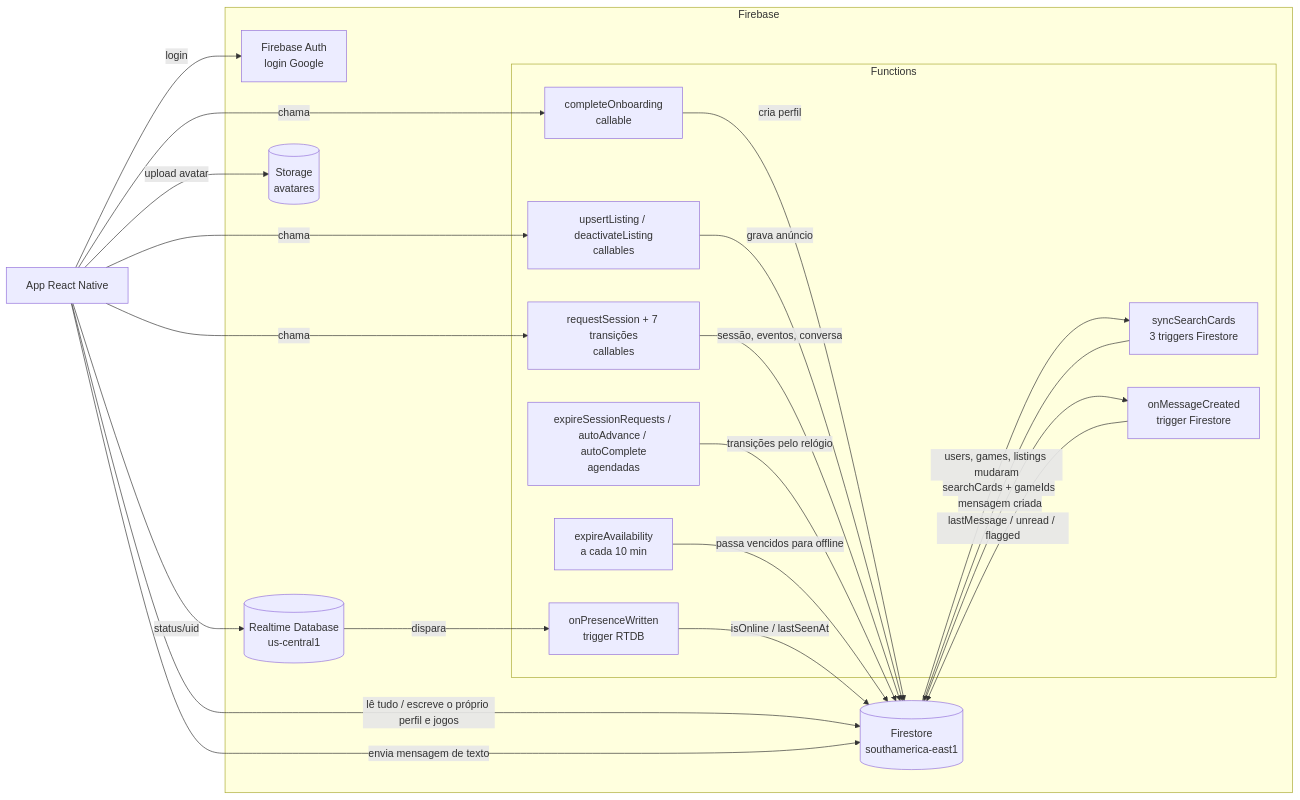
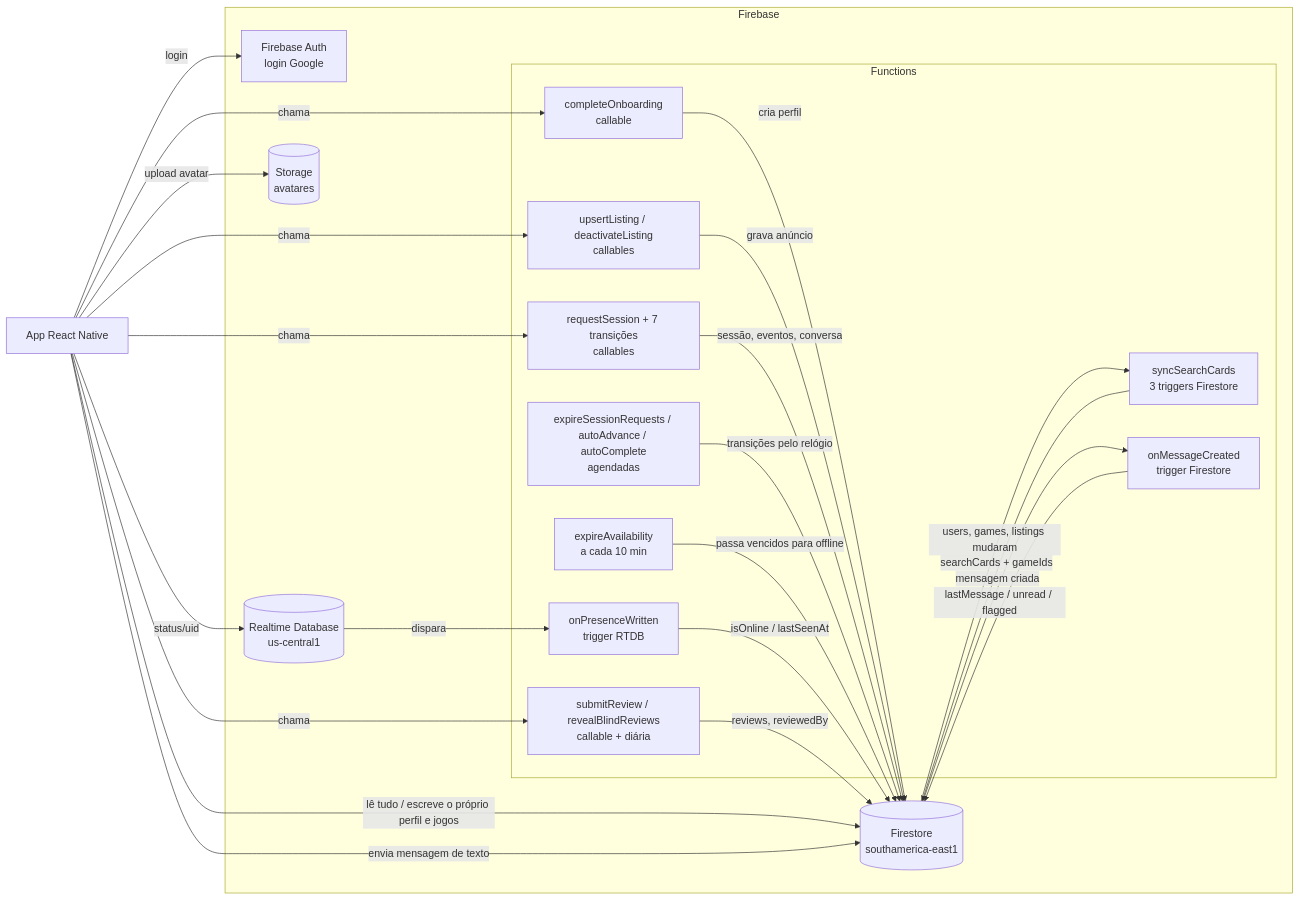
One commit to BMTeam-dev/player_two_backend changed the diagram in docs/DOCs.md. Above: the diagram before and after it, drawn with Mermaid. The commit also changed other lines of this file and 8 other files, not shown here.

First line of the commit message:
Adiciona avaliação cega: submitReview e revealBlindReviews (tarefa 29) (#15)

````diff
--- a/docs/DOCs.md
+++ b/docs/DOCs.md
@@ -45,41 +46,44 @@
 ```mermaid
 flowchart LR
   App[App React Native]
 
   subgraph Firebase
     Auth[Firebase Auth<br/>login Google]
     FS[(Firestore<br/>southamerica-east1)]
     RTDB[(Realtime Database<br/>us-central1)]
     ST[(Storage<br/>avatares)]
     subgraph Functions
       CO[completeOnboarding<br/>callable]
       EA[expireAvailability<br/>a cada 10 min]
       PW[onPresenceWritten<br/>trigger RTDB]
       SC[syncSearchCards<br/>3 triggers Firestore]
       LI[upsertListing / deactivateListing<br/>callables]
       SE[requestSession + 7 transições<br/>callables]
       SA[expireSessionRequests / autoAdvance / autoComplete<br/>agendadas]
       MC[onMessageCreated<br/>trigger Firestore]
+      RV[submitReview / revealBlindReviews<br/>callable + diária]
     end
   end
 
   App -- login --> Auth
   App -- lê tudo / escreve o próprio perfil e jogos --> FS
   App -- status/uid --> RTDB
   App -- upload avatar --> ST
   App -- chama --> CO
   CO -- cria perfil --> FS
   App -- chama --> LI
   LI -- grava anúncio --> FS
   App -- chama --> SE
   SE -- sessão, eventos, conversa --> FS
   SA -- transições pelo relógio --> FS
   EA -- passa vencidos para offline --> FS
   RTDB -- dispara --> PW
   PW -- isOnline / lastSeenAt --> FS
   FS -- users, games, listings mudaram --> SC
   SC -- searchCards + gameIds --> FS
   App -- envia mensagem de texto --> FS
   FS -- mensagem criada --> MC
   MC -- lastMessage / unread / flagged --> FS
+  App -- chama --> RV
+  RV -- reviews, reviewedBy --> FS
 ```
````
